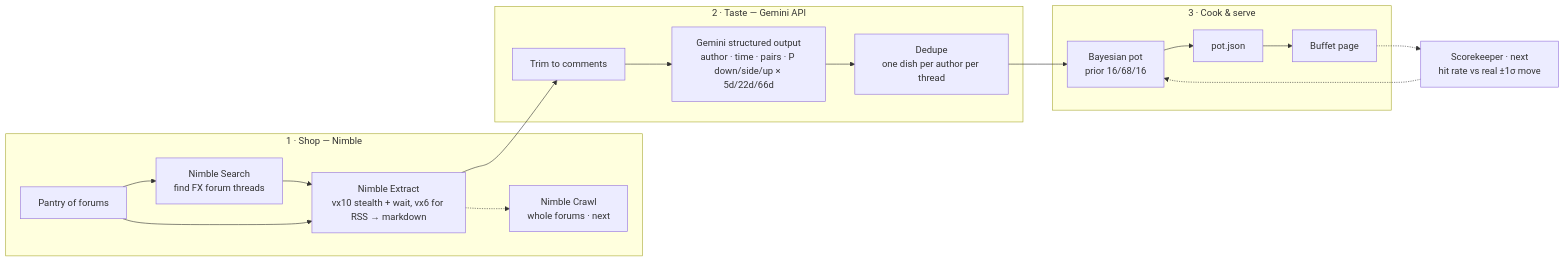
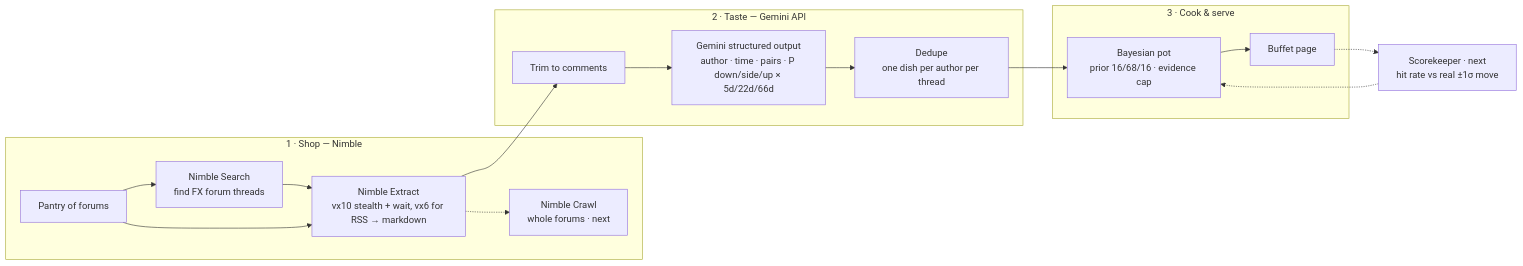
Before and after one commit to ZhangHaoquan/malalphai: the diagram in README.md, drawn with Mermaid. The commit also changed other lines of this file and 5 other files, not shown here.

````diff
--- a/README.md
+++ b/README.md
@@ -43,19 +43,19 @@
 ```mermaid
 flowchart LR
   subgraph Shop["1 · Shop — Nimble"]
     P[Pantry of forums] --> S[Nimble Search<br/>find FX forum threads]
     S --> E[Nimble Extract<br/>vx10 stealth + wait, vx6 for RSS → markdown]
     P --> E
     E -.-> C[Nimble Crawl<br/>whole forums · next]
   end
   subgraph Taste["2 · Taste — Gemini API"]
     T[Trim to comments] --> G[Gemini structured output<br/>author · time · pairs · P down/side/up × 5d/22d/66d]
     G --> D[Dedupe<br/>one dish per author per thread]
   end
   subgraph Cook["3 · Cook & serve"]
-    B[Bayesian pot<br/>prior 16/68/16] --> J[pot.json] --> W[Buffet page]
+    B[Bayesian pot<br/>prior 16/68/16 · evidence cap] --> W[Buffet page]
   end
   E --> T
   D --> B
   W -.-> K[Scorekeeper · next<br/>hit rate vs real ±1σ move] -.-> B
 ```
````
